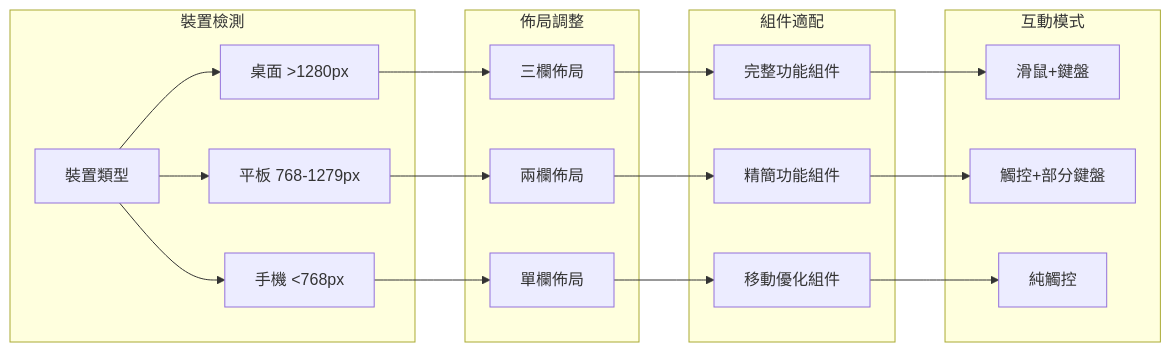
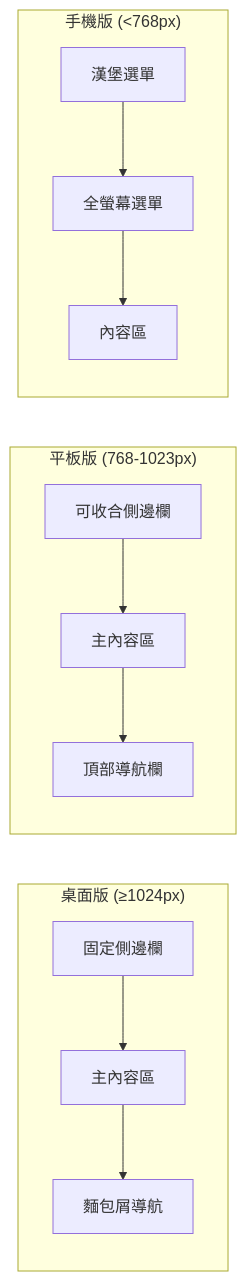
One commit to SkylerChenTaiwan/DonnaAI-1.0 changed the second of 6 diagrams in docs/ux/web-platform-foundation-user-flow.md. Above: the diagram before and after it, drawn with Mermaid. The commit also changed other lines of this file and 32 other files, not shown here.

````diff
--- a/docs/ux/web-platform-foundation-user-flow.md
+++ b/docs/ux/web-platform-foundation-user-flow.md
@@ -142,26 +90,17 @@
 ```mermaid
 graph LR
-    subgraph "裝置檢測"
-        Device[裝置類型] --> Desktop[桌面 >1280px]
-        Device --> Tablet[平板 768-1279px]
-        Device --> Mobile[手機 <768px]
+    subgraph Desktop["桌面版 (≥1024px)"]
+        DS[固定側邊欄] --> DM[主內容區]
+        DM --> DB[麵包屑導航]
     end
     
-    subgraph "佈局調整"
-        Desktop --> DLayout[三欄佈局]
-        Tablet --> TLayout[兩欄佈局]
-        Mobile --> MLayout[單欄佈局]
+    subgraph Tablet["平板版 (768-1023px)"]
+        TS[可收合側邊欄] --> TM[主內容區]
+        TM --> TT[頂部導航欄]
     end
     
-    subgraph "組件適配"
-        DLayout --> DComp[完整功能組件]
-        TLayout --> TComp[精簡功能組件]
-        MLayout --> MComp[移動優化組件]
-    end
-    
-    subgraph "互動模式"
-        DComp --> MouseInt[滑鼠+鍵盤]
-        TComp --> TouchInt[觸控+部分鍵盤]
-        MComp --> TouchOnly[純觸控]
+    subgraph Mobile["手機版 (<768px)"]
+        MH[漢堡選單] --> MM[全螢幕選單]
+        MM --> MC[內容區]
     end
 ```
````
